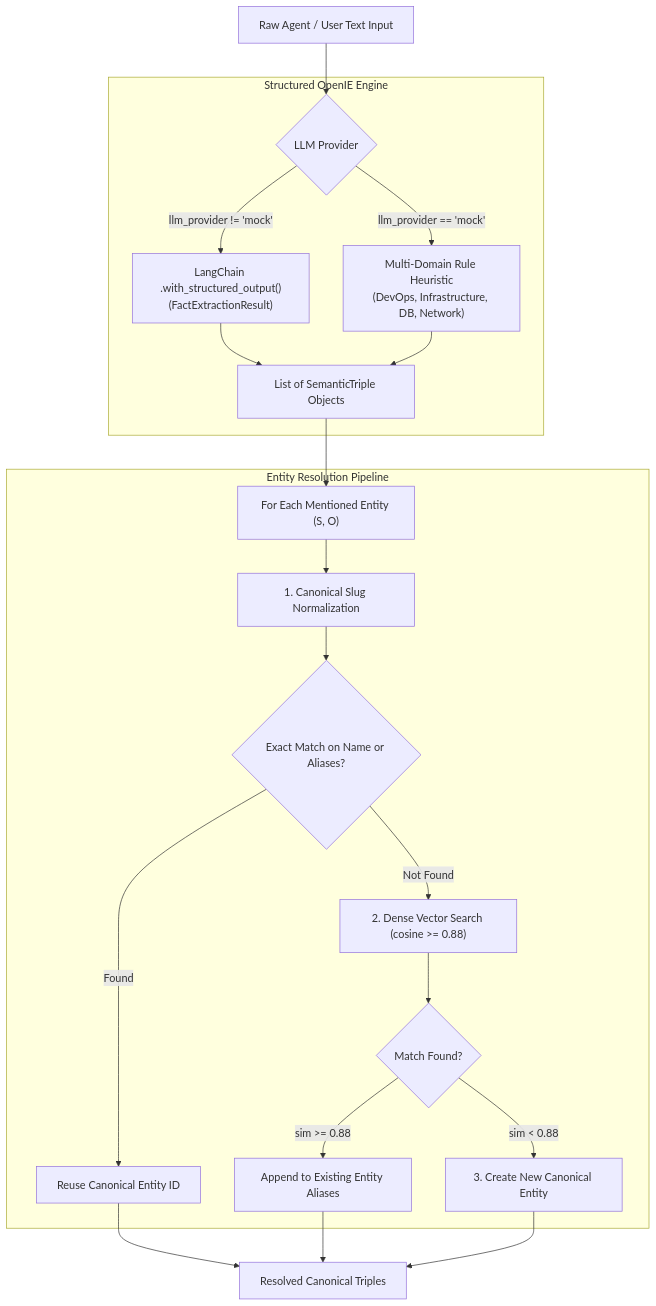
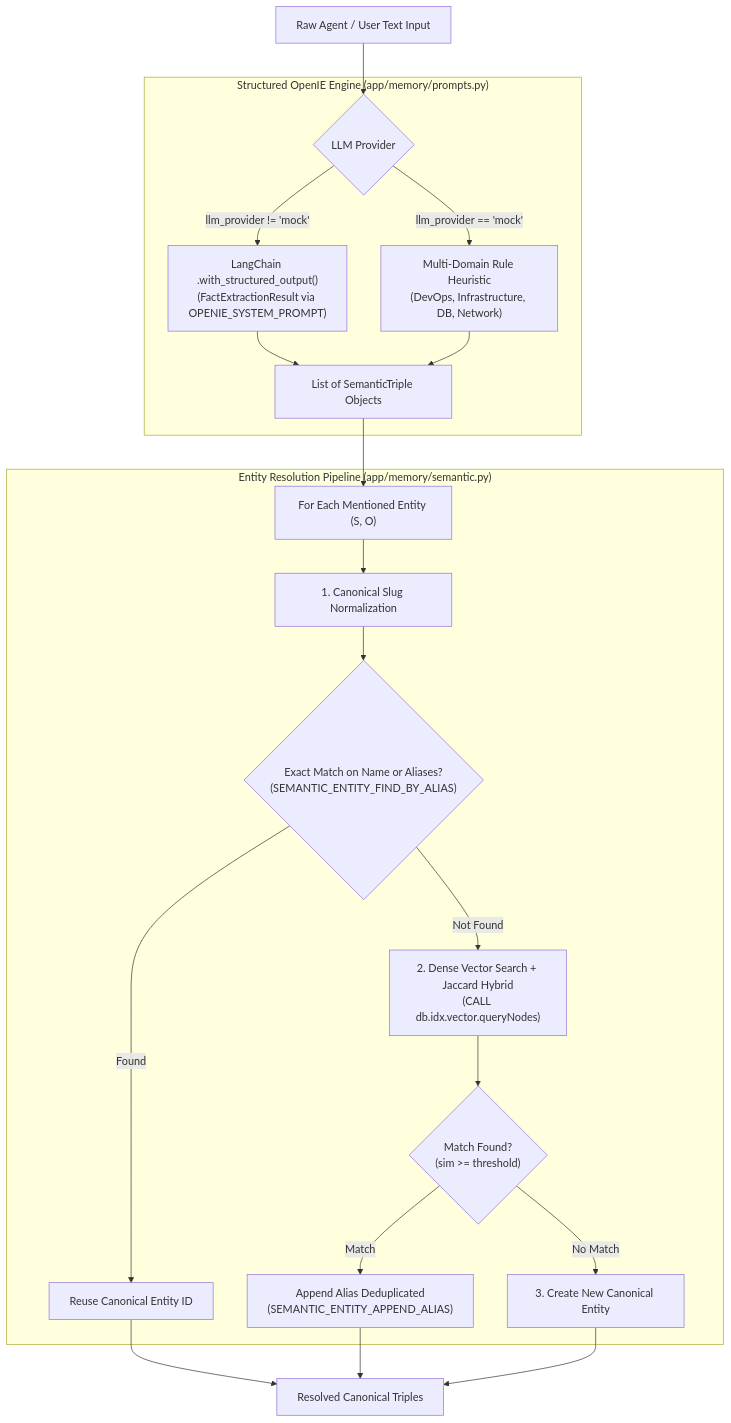
Before and after one commit to RitwikGupta-0501/agentic-memory: the fifth of 8 diagrams in docs/SEMANTIC_MEMORY_PLAN.md, drawn with Mermaid. The commit also changed other lines of this file, not shown here.

Commit message:
docs: record Semantic Memory Phase 2 completion in tracking documentation

````diff
--- a/docs/SEMANTIC_MEMORY_PLAN.md
+++ b/docs/SEMANTIC_MEMORY_PLAN.md
@@ -348,26 +351,26 @@
 ```mermaid
 flowchart TD
     In["Raw Agent / User Text Input"] --> ExtractionFork{"LLM Provider"}
 
-    subgraph ExtractionEngine ["Structured OpenIE Engine"]
-        ExtractionFork -->|"llm_provider != 'mock'"| LLMExtract["LangChain .with_structured_output()\n(FactExtractionResult)"]
+    subgraph ExtractionEngine ["Structured OpenIE Engine (app/memory/prompts.py)"]
+        ExtractionFork -->|"llm_provider != 'mock'"| LLMExtract["LangChain .with_structured_output()\n(FactExtractionResult via OPENIE_SYSTEM_PROMPT)"]
         ExtractionFork -->|"llm_provider == 'mock'"| MockExtract["Multi-Domain Rule Heuristic\n(DevOps, Infrastructure, DB, Network)"]
         LLMExtract --> Triples["List of SemanticTriple Objects"]
         MockExtract --> Triples
     end
 
-    subgraph DisambiguationEngine ["Entity Resolution Pipeline"]
+    subgraph DisambiguationEngine ["Entity Resolution Pipeline (app/memory/semantic.py)"]
         Triples --> ForEach["For Each Mentioned Entity (S, O)"]
         ForEach --> Slug["1. Canonical Slug Normalization"]
-        Slug --> AliasCheck{"Exact Match on Name or Aliases?"}
+        Slug --> AliasCheck{"Exact Match on Name or Aliases?\n(SEMANTIC_ENTITY_FIND_BY_ALIAS)"}
         AliasCheck -->|"Found"| ExistingCanonical["Reuse Canonical Entity ID"]
-        AliasCheck -->|"Not Found"| VectorCheck["2. Dense Vector Search (cosine >= 0.88)"]
-        VectorCheck --> SimCheck{"Match Found?"}
-        SimCheck -->|"sim >= 0.88"| AppendAlias["Append to Existing Entity Aliases"]
-        SimCheck -->|"sim < 0.88"| CreateNew["3. Create New Canonical Entity"]
+        AliasCheck -->|"Not Found"| VectorCheck["2. Dense Vector Search + Jaccard Hybrid\n(CALL db.idx.vector.queryNodes)"]
+        VectorCheck --> SimCheck{"Match Found?\n(sim >= threshold)"}
+        SimCheck -->|"Match"| AppendAlias["Append Alias Deduplicated\n(SEMANTIC_ENTITY_APPEND_ALIAS)"]
+        SimCheck -->|"No Match"| CreateNew["3. Create New Canonical Entity"]
     end
 
     AppendAlias --> ReadyTriples["Resolved Canonical Triples"]
     ExistingCanonical --> ReadyTriples
     CreateNew --> ReadyTriples
 ```
````
